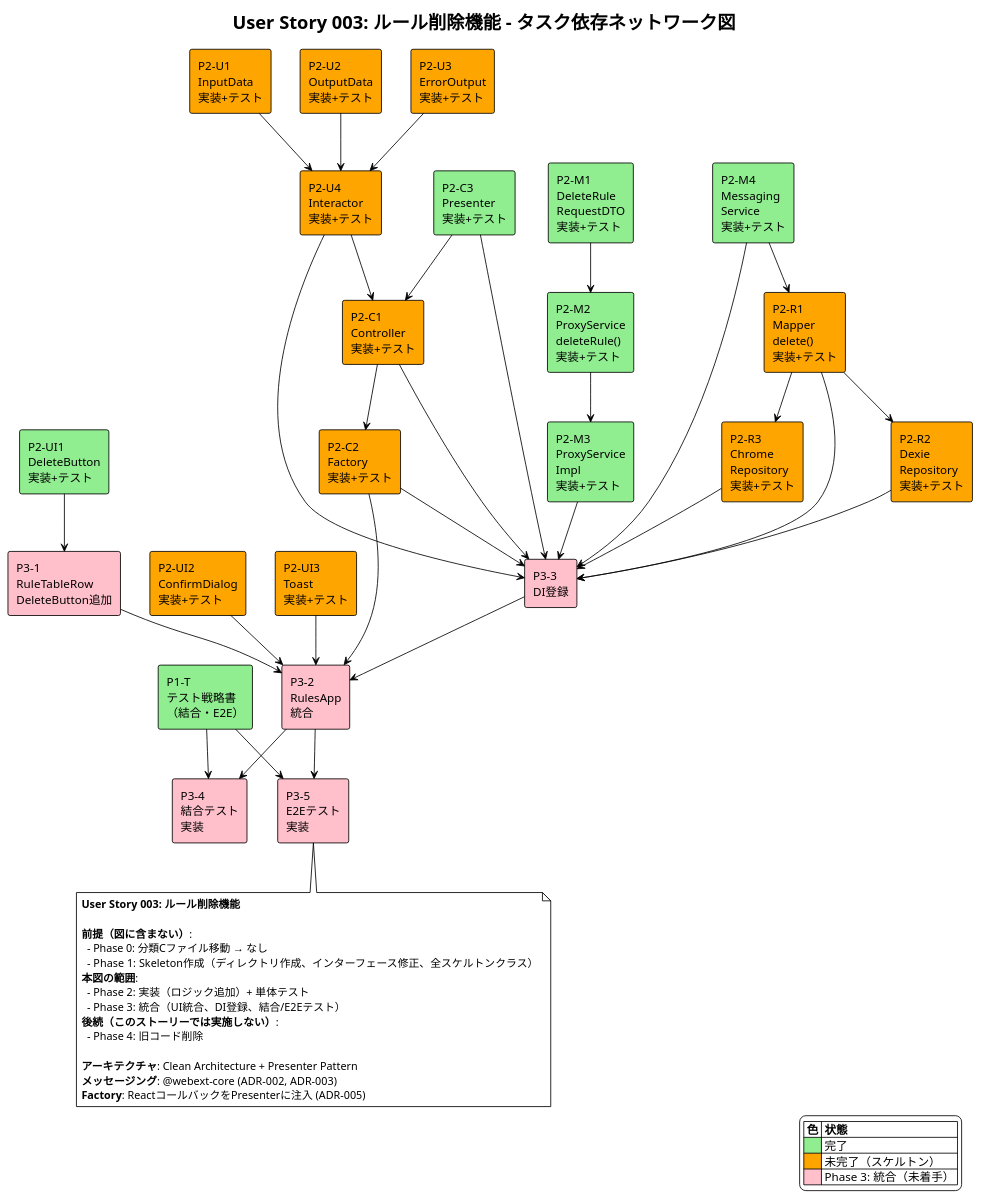
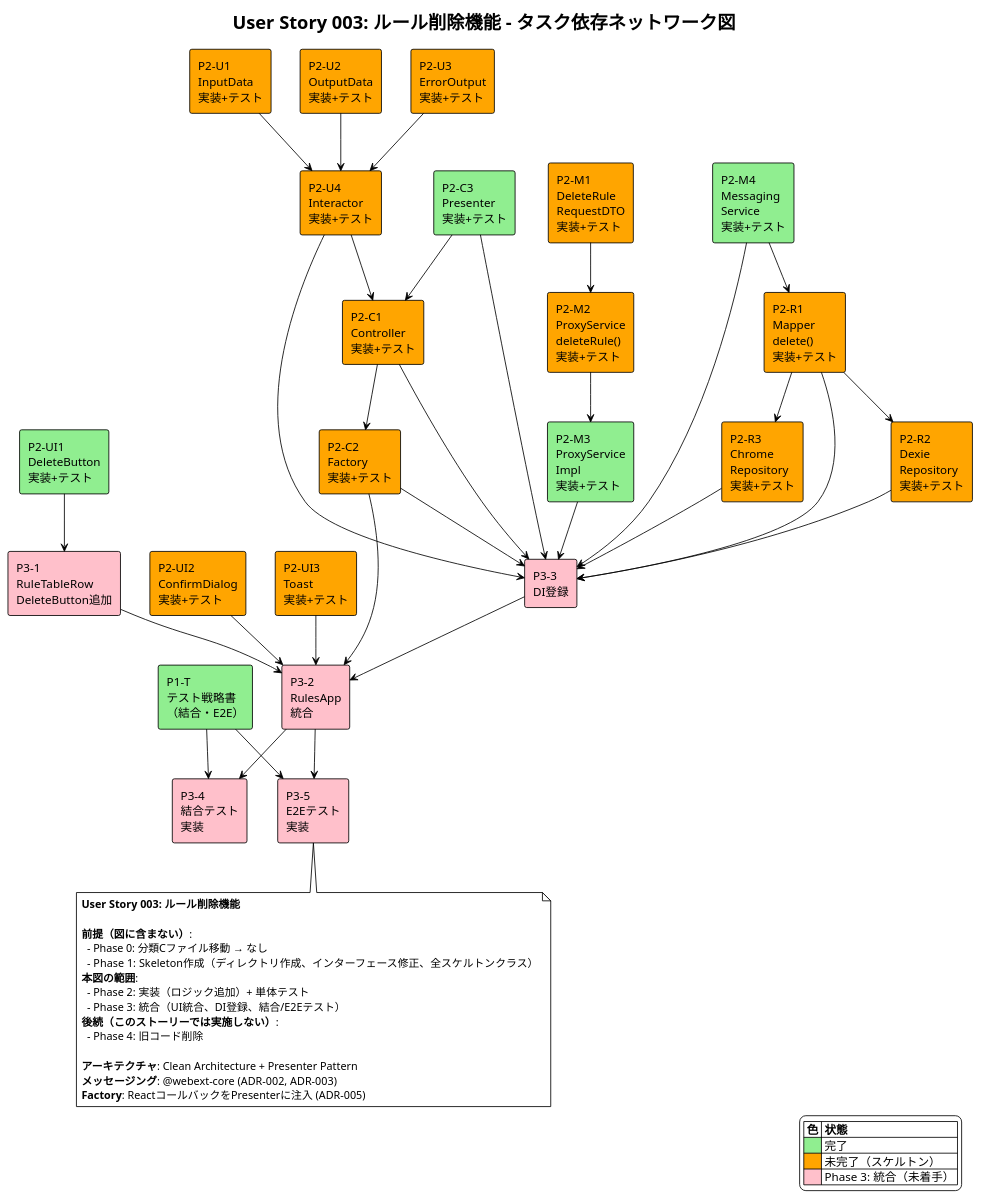
Before and after one commit to akAredminEogre/frog-frame-front: the diagram in docs/user-stories/user-story-003/network-diagram.puml, drawn with PlantUML. The commit also changed 1 other file, not shown here.

```diff
--- a/docs/user-stories/user-story-003/network-diagram.puml
+++ b/docs/user-stories/user-story-003/network-diagram.puml
@@ -1,103 +1,103 @@
 @startuml user-story-003-network-diagram
 !theme plain
 title User Story 003: ルール削除機能 - タスク依存ネットワーク図
 
 ' Phase 1: テスト戦略書
 rectangle "P1-T\nテスト戦略書\n（結合・E2E）" as testStrategy #lightgreen
 
 ' Phase 2: 実装 - メッセージング
-rectangle "P2-M1\nDeleteRule\nRequestDTO\n実装+テスト" as requestDtoImpl #lightgreen
-rectangle "P2-M2\nProxyService\ndeleteRule()\n実装+テスト" as proxyImpl #lightgreen
+rectangle "P2-M1\nDeleteRule\nRequestDTO\n実装+テスト" as requestDtoImpl #orange
+rectangle "P2-M2\nProxyService\ndeleteRule()\n実装+テスト" as proxyImpl #orange
 rectangle "P2-M3\nProxyService\nImpl\n実装+テスト" as proxyImplImpl #lightgreen
 rectangle "P2-M4\nMessaging\nService\n実装+テスト" as msgImpl #lightgreen
 
 ' Phase 2: 実装 - Mapper/Repository
 rectangle "P2-R1\nMapper\ndelete()\n実装+テスト" as mapperImpl #orange
 rectangle "P2-R2\nDexie\nRepository\n実装+テスト" as dexieImpl #orange
 rectangle "P2-R3\nChrome\nRepository\n実装+テスト" as chromeImpl #orange
 
 ' Phase 2: 実装 - UseCase
 rectangle "P2-U1\nInputData\n実装+テスト" as inputImpl #orange
 rectangle "P2-U2\nOutputData\n実装+テスト" as outputImpl #orange
 rectangle "P2-U3\nErrorOutput\n実装+テスト" as errorImpl #orange
 rectangle "P2-U4\nInteractor\n実装+テスト" as interactorImpl #orange
 
 ' Phase 2: 実装 - Controller/Presenter
 rectangle "P2-C1\nController\n実装+テスト" as controllerImpl #orange
 rectangle "P2-C2\nFactory\n実装+テスト" as factoryImpl #orange
 rectangle "P2-C3\nPresenter\n実装+テスト" as presenterImpl #lightgreen
 
 ' Phase 2: 実装 - UI
 rectangle "P2-UI1\nDeleteButton\n実装+テスト" as deleteBtnImpl #lightgreen
 rectangle "P2-UI2\nConfirmDialog\n実装+テスト" as confirmImpl #orange
 rectangle "P2-UI3\nToast\n実装+テスト" as toastImpl #orange
 
 ' Phase 3: 統合
 rectangle "P3-1\nRuleTableRow\nDeleteButton追加" as tableRowInteg #pink
 rectangle "P3-2\nRulesApp\n統合" as rulesAppInteg #pink
 rectangle "P3-3\nDI登録" as diReg #pink
 rectangle "P3-4\n結合テスト\n実装" as integrationTest #pink
 rectangle "P3-5\nE2Eテスト\n実装" as e2eTest #pink
 
 ' 依存関係: Phase 2 内部
 requestDtoImpl --> proxyImpl
 proxyImpl --> proxyImplImpl
 msgImpl --> mapperImpl
 mapperImpl --> dexieImpl
 mapperImpl --> chromeImpl
 inputImpl --> interactorImpl
 outputImpl --> interactorImpl
 errorImpl --> interactorImpl
 interactorImpl --> controllerImpl
 presenterImpl --> controllerImpl
 controllerImpl --> factoryImpl
 
 ' 依存関係: Phase 2 → Phase 3
 deleteBtnImpl --> tableRowInteg
 tableRowInteg --> rulesAppInteg
 confirmImpl --> rulesAppInteg
 toastImpl --> rulesAppInteg
 factoryImpl --> rulesAppInteg
 controllerImpl --> diReg
 presenterImpl --> diReg
 factoryImpl --> diReg
 interactorImpl --> diReg
 proxyImplImpl --> diReg
 msgImpl --> diReg
 mapperImpl --> diReg
 dexieImpl --> diReg
 chromeImpl --> diReg
 diReg --> rulesAppInteg
 
 ' 依存関係: テスト
 testStrategy --> integrationTest
 testStrategy --> e2eTest
 rulesAppInteg --> integrationTest
 rulesAppInteg --> e2eTest
 
 ' 凡例
 legend right
   |= 色 |= 状態 |
   | <#lightgreen> | 完了 |
   | <#orange> | 未完了（スケルトン） |
   | <#pink> | Phase 3: 統合（未着手） |
 endlegend
 
 note bottom
 **User Story 003: ルール削除機能**
 
 **前提（図に含まない）**:
   - Phase 0: 分類Cファイル移動 → なし
   - Phase 1: Skeleton作成（ディレクトリ作成、インターフェース修正、全スケルトンクラス）
 **本図の範囲**:
   - Phase 2: 実装（ロジック追加）+ 単体テスト
   - Phase 3: 統合（UI統合、DI登録、結合/E2Eテスト）
 **後続（このストーリーでは実施しない）**:
   - Phase 4: 旧コード削除
 
 **アーキテクチャ**: Clean Architecture + Presenter Pattern
 **メッセージング**: @webext-core (ADR-002, ADR-003)
 **Factory**: ReactコールバックをPresenterに注入 (ADR-005)
 end note
 
 @enduml
```
